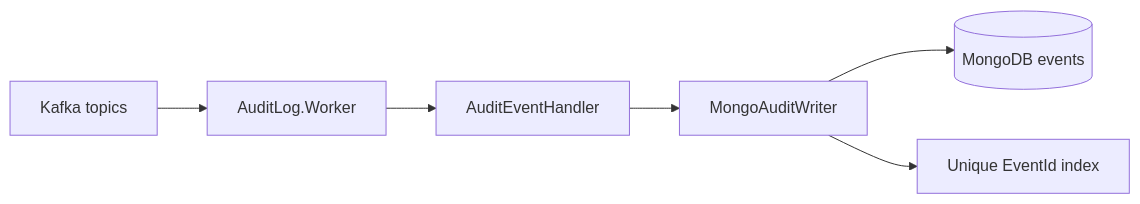
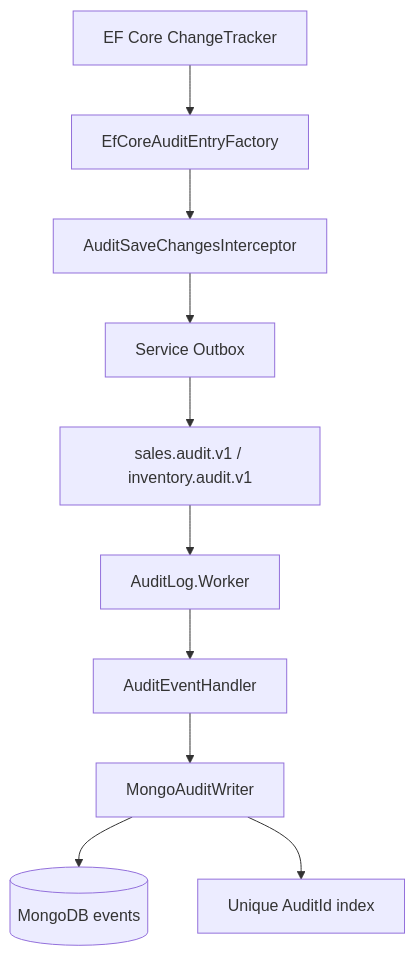
The seventh of 12 diagrams in docs/tech/requirements-map.md (dangph299/Sales-project), drawn with Mermaid before and after one commit. The commit also changed other lines of this file and 13 other files, not shown here.

````diff
--- a/docs/tech/requirements-map.md
+++ b/docs/tech/requirements-map.md
@@ -262,8 +266,12 @@
 ```mermaid
-flowchart LR
-    Kafka[Kafka topics] --> Worker[AuditLog.Worker]
+flowchart TD
+    ChangeTracker[EF Core ChangeTracker] --> Factory[EfCoreAuditEntryFactory]
+    Factory --> Interceptor[AuditSaveChangesInterceptor]
+    Interceptor --> Outbox[Service Outbox]
+    Outbox --> Kafka[sales.audit.v1 / inventory.audit.v1]
+    Kafka --> Worker[AuditLog.Worker]
     Worker --> Handler[AuditEventHandler]
     Handler --> Writer[MongoAuditWriter]
     Writer --> Mongo[(MongoDB events)]
-    Writer --> Index[Unique EventId index]
+    Writer --> Index[Unique AuditId index]
 ```
````
